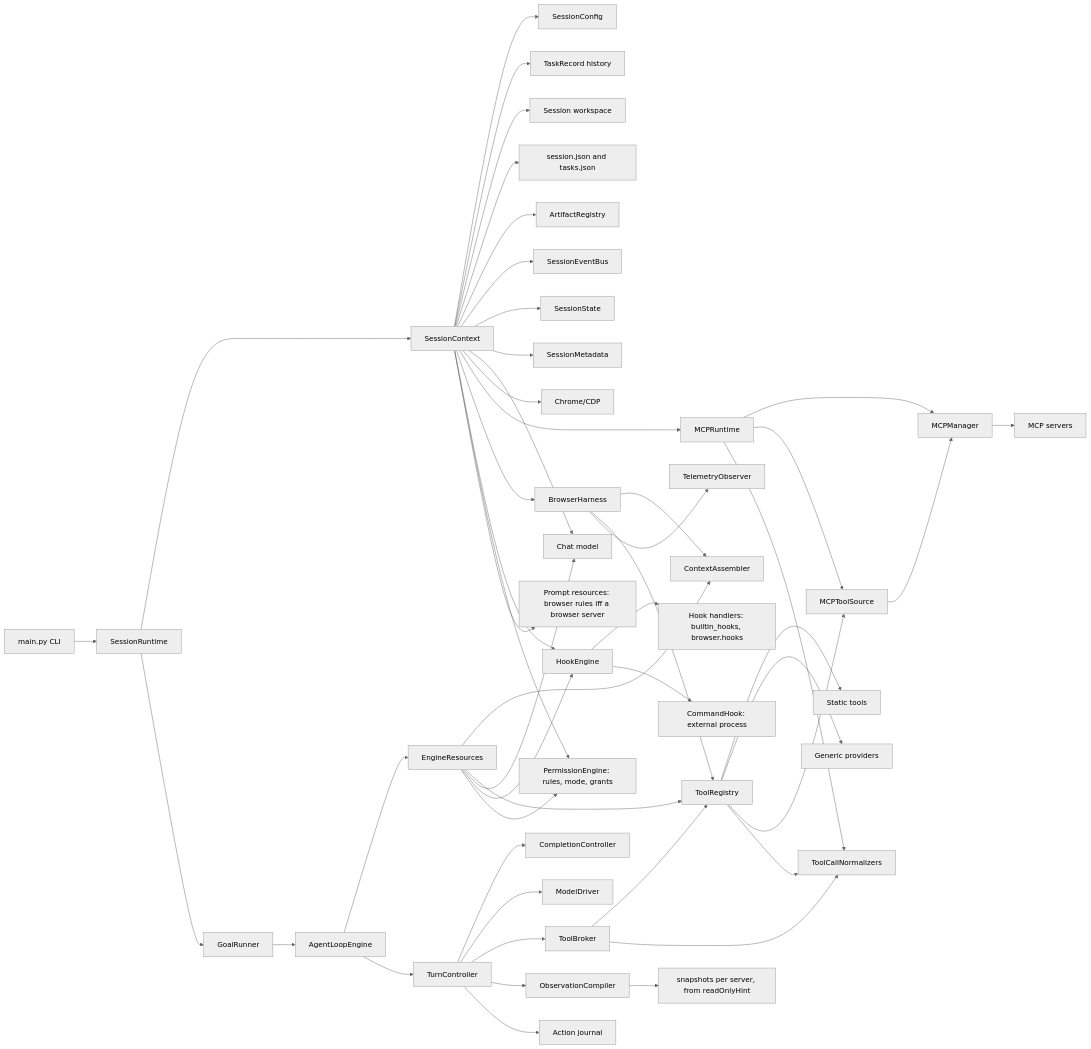
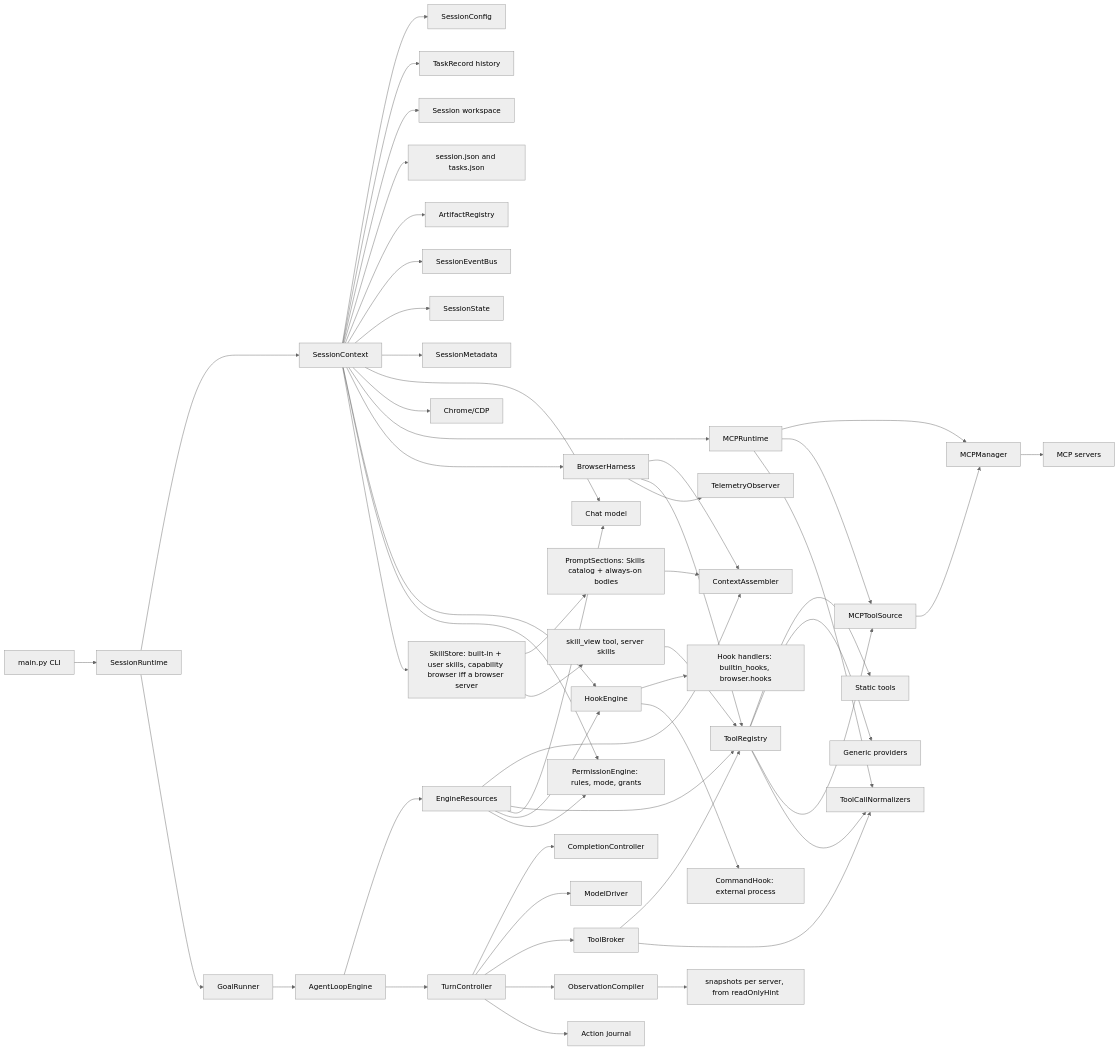
One commit to Hastur456/AutoBrowser changed the diagram in docs/diagrams/harness-boundaries.md. Above: the diagram before and after it, drawn with Mermaid (neutral theme). The commit also changed other lines of this file and 8 other files, not shown here.

````diff
--- a/docs/diagrams/harness-boundaries.md
+++ b/docs/diagrams/harness-boundaries.md
@@ -8,51 +8,55 @@
 ```mermaid
 flowchart LR
   CLI[main.py CLI] --> Session[SessionRuntime]
   Session --> SessionCtx[SessionContext]
   SessionCtx --> Config[SessionConfig]
   SessionCtx --> Tasks[TaskRecord history]
   SessionCtx --> Workspace[Session workspace]
   SessionCtx --> SessionFiles[session.json and tasks.json]
   SessionCtx --> Artifacts[ArtifactRegistry]
   SessionCtx --> Events[SessionEventBus]
   SessionCtx --> State[SessionState]
   SessionCtx --> Metadata[SessionMetadata]
   SessionCtx --> LLM[Chat model]
   SessionCtx --> Chrome[Chrome/CDP]
   SessionCtx --> MCPRuntime[MCPRuntime]
   SessionCtx --> Harness[BrowserHarness]
   SessionCtx --> Hooks[HookEngine]
   SessionCtx --> Permissions[PermissionEngine: rules, mode, grants]
-  SessionCtx --> PromptRes[Prompt resources: browser rules iff a browser server]
+  SessionCtx --> Skills[SkillStore: built-in + user skills, capability browser iff a browser server]
+  Skills --> Sections[PromptSections: Skills catalog + always-on bodies]
+  Skills --> SkillView[skill_view tool, server skills]
+  Sections --> ContextAssembler
+  SkillView --> Tools
   Hooks --> HookHandlers[Hook handlers: builtin_hooks, browser.hooks]
   Hooks --> CommandHooks[CommandHook: external process]
   MCPRuntime --> Manager[MCPManager]
   MCPRuntime --> ToolSource[MCPToolSource]
   MCPRuntime --> Normalizers[ToolCallNormalizers]
   Manager --> MCP[MCP servers]
   Session --> GoalRunner[GoalRunner]
   GoalRunner --> Engine[AgentLoopEngine]
   Harness --> ContextAssembler[ContextAssembler]
   Harness --> Tools[ToolRegistry]
   Harness --> Telemetry[TelemetryObserver]
   Engine --> Resources[EngineResources]
   Resources --> ContextAssembler
   Resources --> Tools
   Resources --> LLM
   Resources --> Hooks
   Resources --> Permissions
   Tools --> StaticTools[Static tools]
   Tools --> Providers[Generic providers]
   Tools --> ToolSource
   Tools --> Normalizers
   ToolSource --> Manager
   Engine --> TurnController[TurnController]
   TurnController --> Completion[CompletionController]
   TurnController --> ModelDriver[ModelDriver]
   TurnController --> ToolBroker[ToolBroker]
   TurnController --> ObsCompiler[ObservationCompiler]
   ObsCompiler --> Snapshots[snapshots per server, from readOnlyHint]
   ToolBroker --> Tools
   ToolBroker --> Normalizers
   TurnController --> Journal[Action journal]
 ```
````
